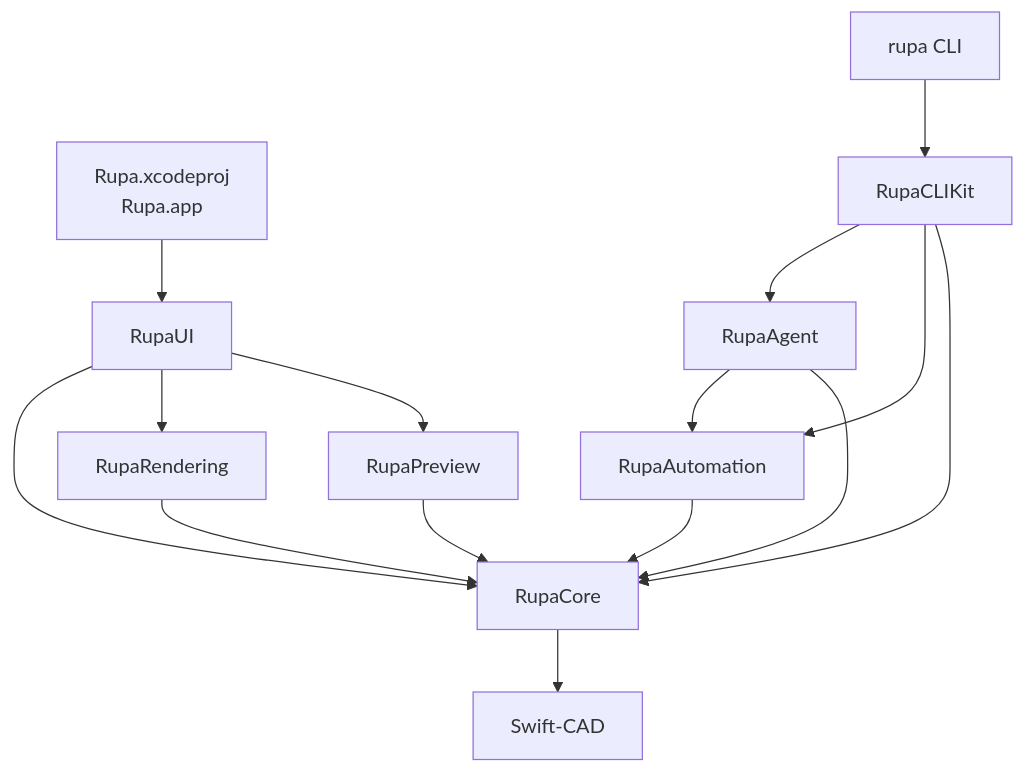
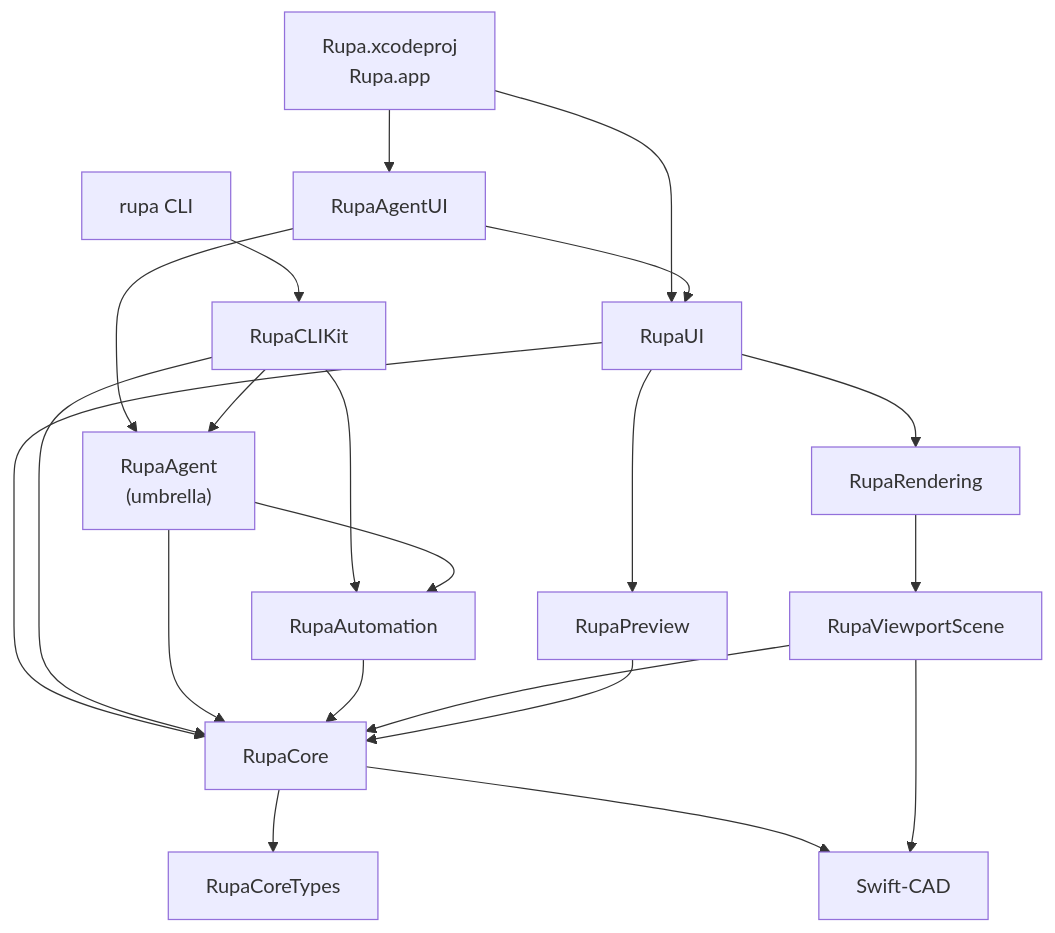
One commit to 1amageek/Rupa changed the first of 26 diagrams in Rupa/SPEC.md. Above: the diagram before and after it, drawn with Mermaid. The commit also changed other lines of this file, not shown here.

First line of the commit message:
Sync SPEC package graph with implementation

````diff
--- a/Rupa/SPEC.md
+++ b/Rupa/SPEC.md
@@ -47,17 +47,23 @@
 ```mermaid
 flowchart TD
-    App["Rupa.xcodeproj<br/>Rupa.app"] --> UI["RupaUI"]
+    App["Rupa.xcodeproj<br/>Rupa.app"] --> AgentUI["RupaAgentUI"]
+    App --> UI["RupaUI"]
+    AgentUI --> UI
+    AgentUI --> Agent["RupaAgent<br/>(umbrella)"]
     UI --> Core["RupaCore"]
     UI --> Rendering["RupaRendering"]
     UI --> Preview["RupaPreview"]
     CLI["rupa CLI"] --> CLIKit["RupaCLIKit"]
-    CLIKit --> Agent["RupaAgent"]
+    CLIKit --> Agent
     CLIKit --> Automation["RupaAutomation"]
     CLIKit --> Core
     Agent --> Automation
     Agent --> Core
     Automation --> Core
-    Rendering --> Core
+    Rendering --> ViewportScene["RupaViewportScene"]
+    ViewportScene --> Core
     Preview --> Core
+    Core --> CoreTypes["RupaCoreTypes"]
     Core --> SwiftCAD["Swift-CAD"]
+    ViewportScene --> SwiftCAD
 ```
````
